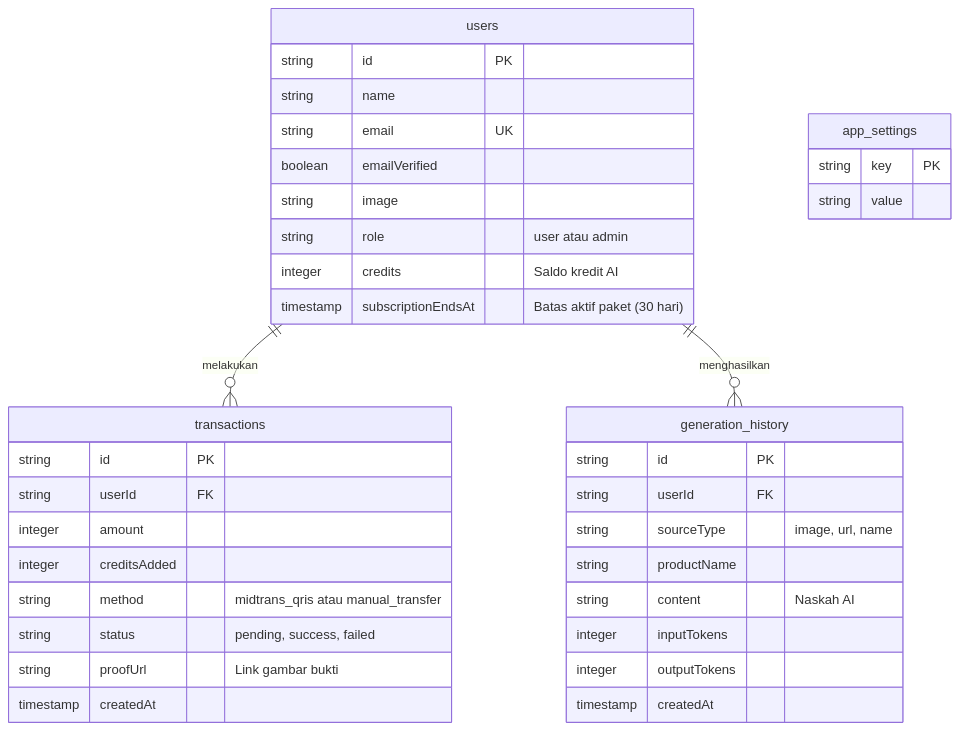
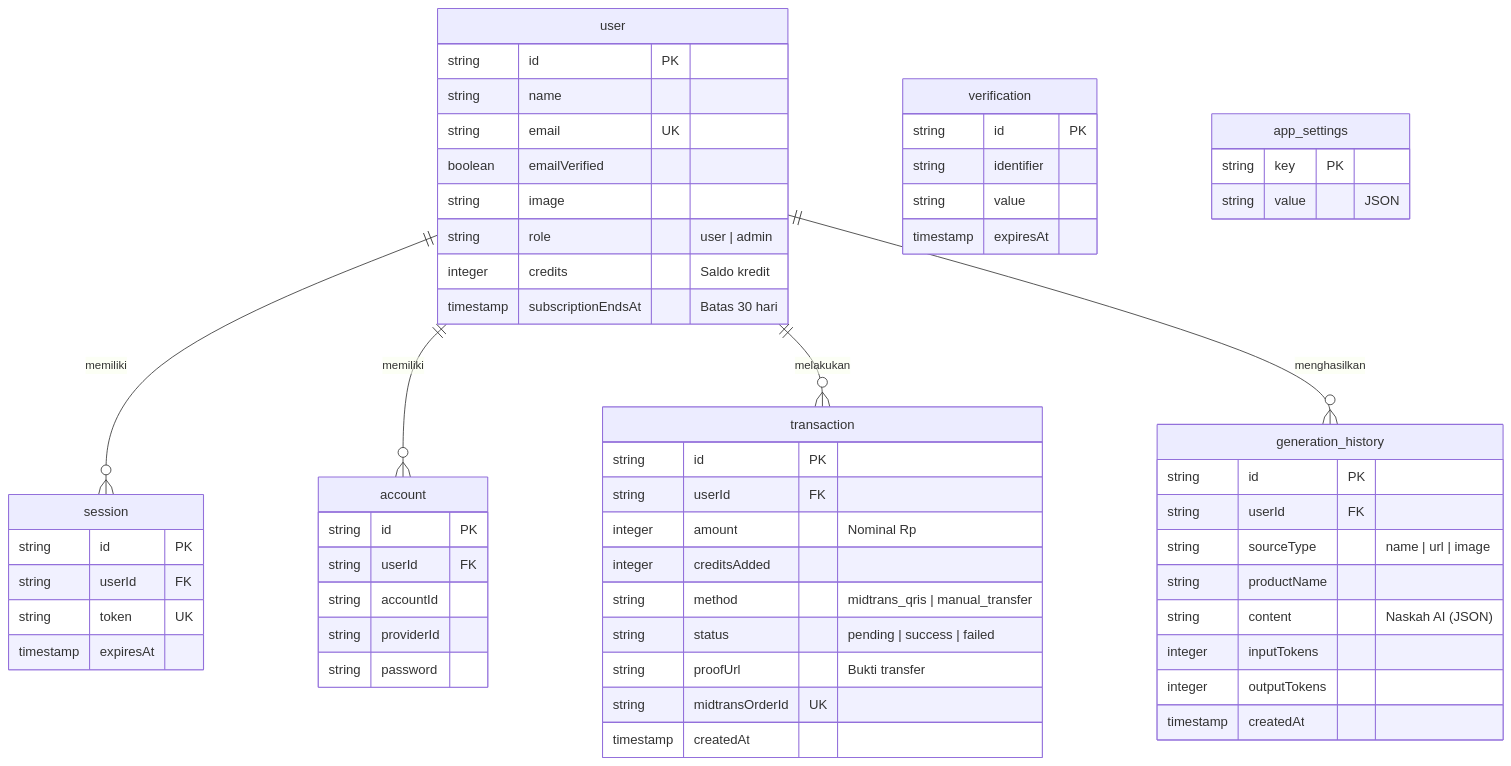
One commit to Muhira007/VO-Script-Generator changed the first of 5 diagrams in PRD.md. Above: the diagram before and after it, drawn with Mermaid. The commit also changed other lines of this file and 2 other files, not shown here.

First line of the commit message:
docs: perbarui dokumentasi dengan diagram alur dan konsistensi branding

````diff
--- a/PRD.md
+++ b/PRD.md
@@ -41,43 +41,68 @@
 ```mermaid
 erDiagram
-    users {
+    user {
         string id PK
         string name
         string email UK
         boolean emailVerified
         string image
-        string role "user atau admin"
-        integer credits "Saldo kredit AI"
-        timestamp subscriptionEndsAt "Batas aktif paket (30 hari)"
+        string role "user | admin"
+        integer credits "Saldo kredit"
+        timestamp subscriptionEndsAt "Batas 30 hari"
     }
 
-    transactions {
+    session {
         string id PK
         string userId FK
-        integer amount
+        string token UK
+        timestamp expiresAt
+    }
+
+    account {
+        string id PK
+        string userId FK
+        string accountId
+        string providerId
+        string password
+    }
+
+    verification {
+        string id PK
+        string identifier
+        string value
+        timestamp expiresAt
+    }
+
+    transaction {
+        string id PK
+        string userId FK
+        integer amount "Nominal Rp"
         integer creditsAdded
-        string method "midtrans_qris atau manual_transfer"
-        string status "pending, success, failed"
-        string proofUrl "Link gambar bukti"
+        string method "midtrans_qris | manual_transfer"
+        string status "pending | success | failed"
+        string proofUrl "Bukti transfer"
+        string midtransOrderId UK
         timestamp createdAt
     }
 
     generation_history {
         string id PK
         string userId FK
-        string sourceType "image, url, name"
+        string sourceType "name | url | image"
         string productName
-        string content "Naskah AI"
+        string content "Naskah AI (JSON)"
         integer inputTokens
         integer outputTokens
         timestamp createdAt
     }
 
     app_settings {
         string key PK
-        string value
+        string value "JSON"
     }
 
-    users ||--o{ transactions : "melakukan"
-    users ||--o{ generation_history : "menghasilkan"
+    user ||--o{ session : "memiliki"
+    user ||--o{ account : "memiliki"
+    user ||--o{ transaction : "melakukan"
+    user ||--o{ generation_history : "menghasilkan"
 ```
````
